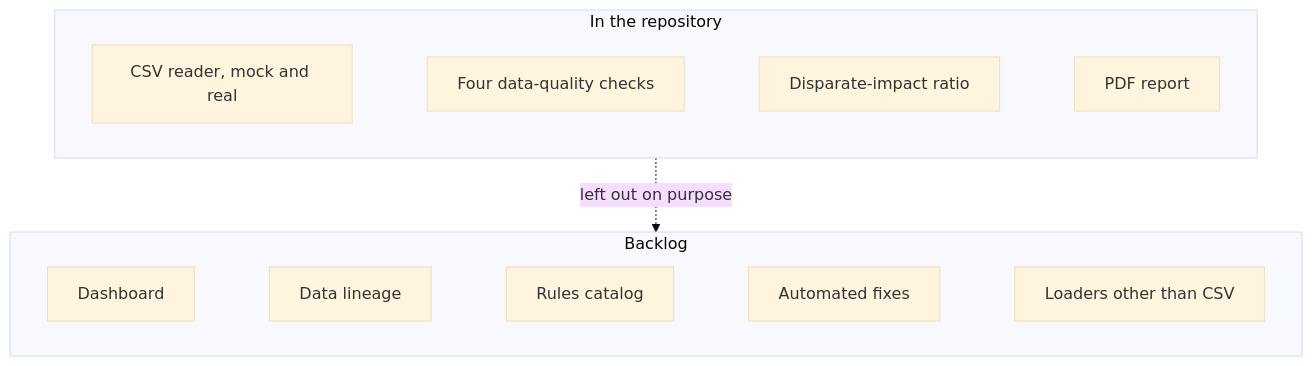
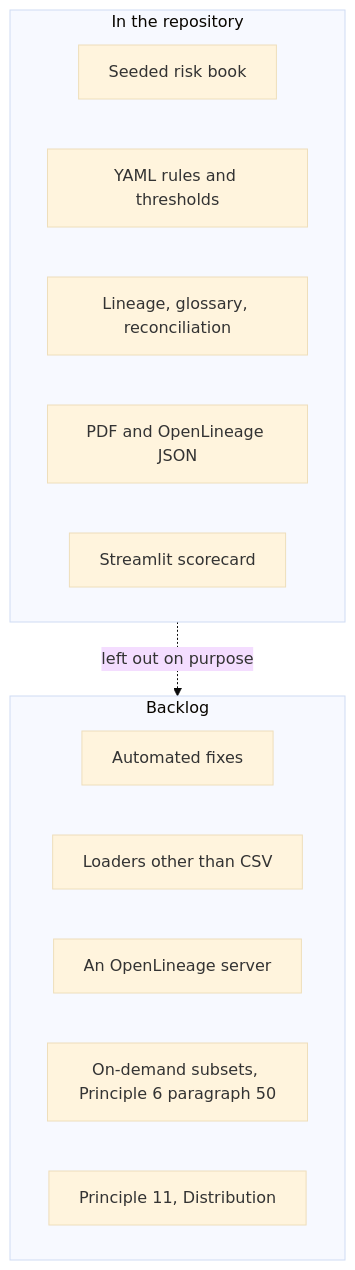
The fifth of 5 diagrams in README.md (delens/Governance-Sentinel), drawn with Mermaid (base theme) before and after one commit. The commit also changed other lines of this file and 43 other files, not shown here.

First line of the commit message:
Turn Governance-Sentinel into a portfolio risk-data audit (#3)

````diff
--- a/README.md
+++ b/README.md
@@ -185,19 +246,18 @@
 ```mermaid
 flowchart TB
   subgraph shipped ["In the repository"]
-    csvReader["CSV reader, mock and real"]
-    fourChecks["Four data-quality checks"]
-    ratio["Disparate-impact ratio"]
-    pdfReport["PDF report"]
-    csvReader ~~~ fourChecks ~~~ ratio ~~~ pdfReport
+    book["Seeded risk book"]
+    yamlRules["YAML rules and thresholds"]
+    lineageBox["Lineage, glossary, reconciliation"]
+    pdfBox["PDF and OpenLineage JSON"]
+    dashboard["Streamlit scorecard"]
   end
   subgraph backlog ["Backlog"]
-    dashboard["Dashboard"]
-    lineage["Data lineage"]
-    catalog["Rules catalog"]
     fixes["Automated fixes"]
     otherLoaders["Loaders other than CSV"]
-    dashboard ~~~ lineage ~~~ catalog ~~~ fixes ~~~ otherLoaders
+    marquez["An OpenLineage server"]
+    adHoc["On-demand subsets, Principle 6 paragraph 50"]
+    distribution["Principle 11, Distribution"]
   end
   shipped -.->|"left out on purpose"| backlog
 ```
````
